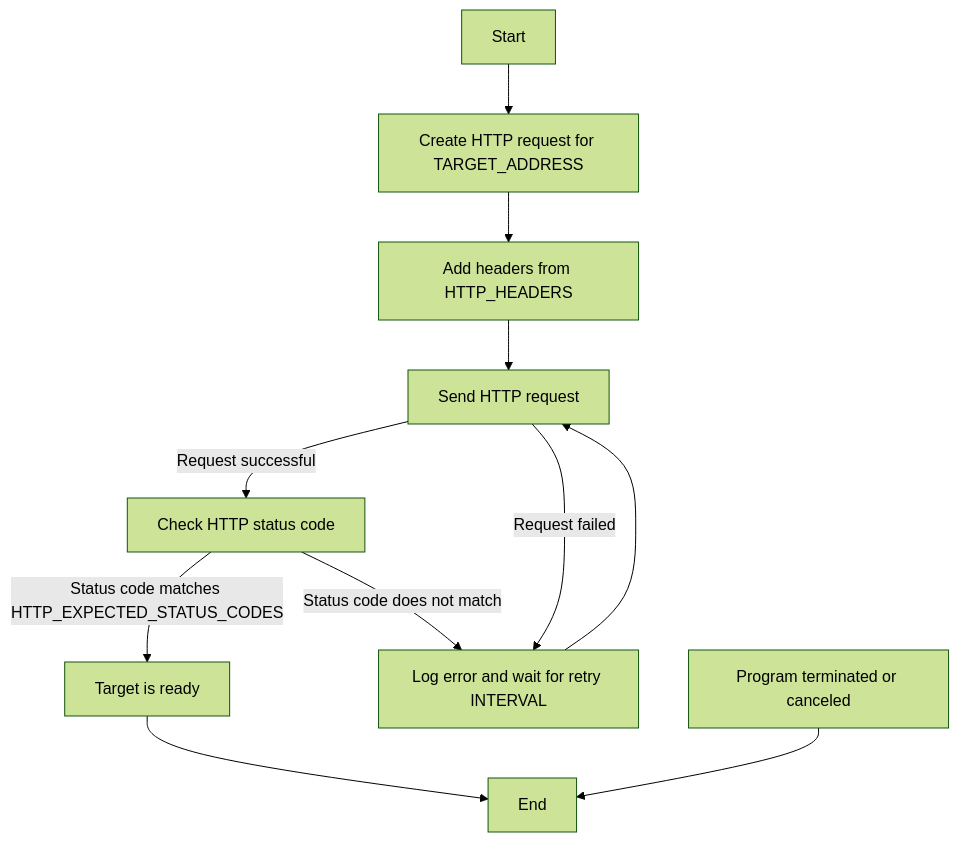
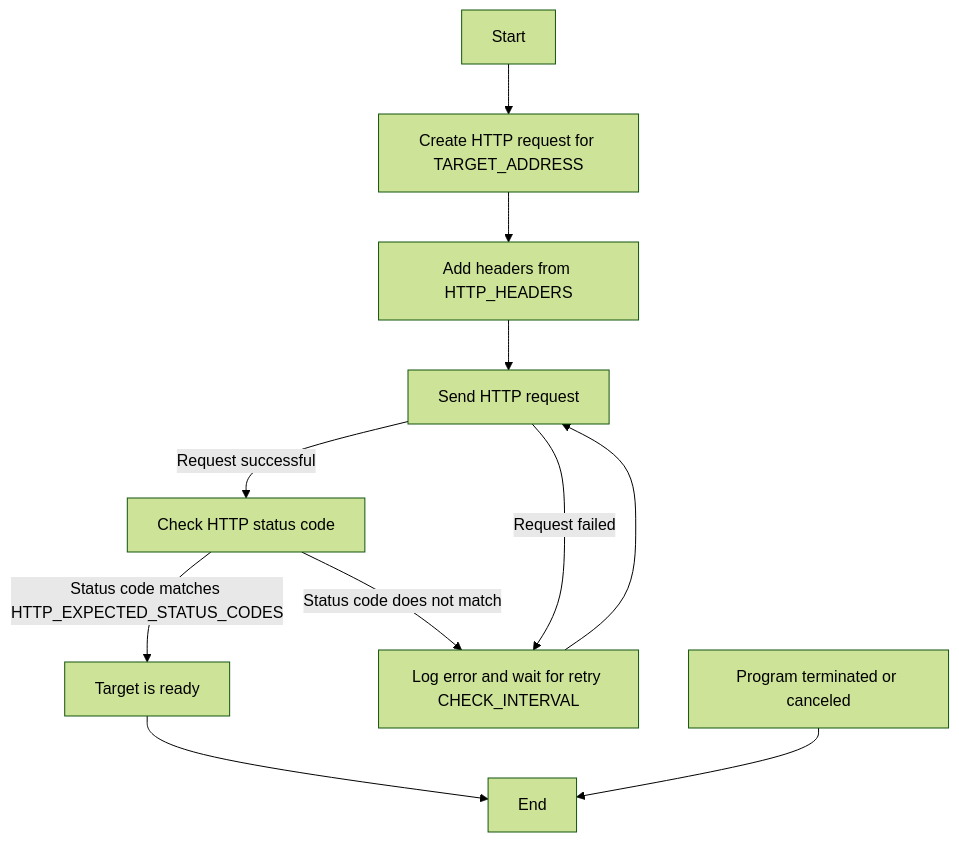
Before and after one commit to containeroo/portpatrol: the first of 2 diagrams in README.md, drawn with Mermaid (forest theme). The commit also changed other lines of this file and 7 other files, not shown here.

````diff
--- a/README.md
+++ b/README.md
@@ -66,13 +66,13 @@
 ```mermaid
 graph TD;
     A[Start] --> B[Create HTTP request for TARGET_ADDRESS];
     B --> C[Add headers from HTTP_HEADERS];
     C --> D[Send HTTP request];
     D -->|Request successful| E[Check HTTP status code];
-    D -->|Request failed| F[Log error and wait for retry INTERVAL];
+    D -->|Request failed| F[Log error and wait for retry CHECK_INTERVAL];
     F --> D;
     E -->|Status code matches HTTP_EXPECTED_STATUS_CODES| G[Target is ready];
     E -->|Status code does not match| F;
     G --> H[End];
     I[Program terminated or canceled] --> H;
 ```
````
